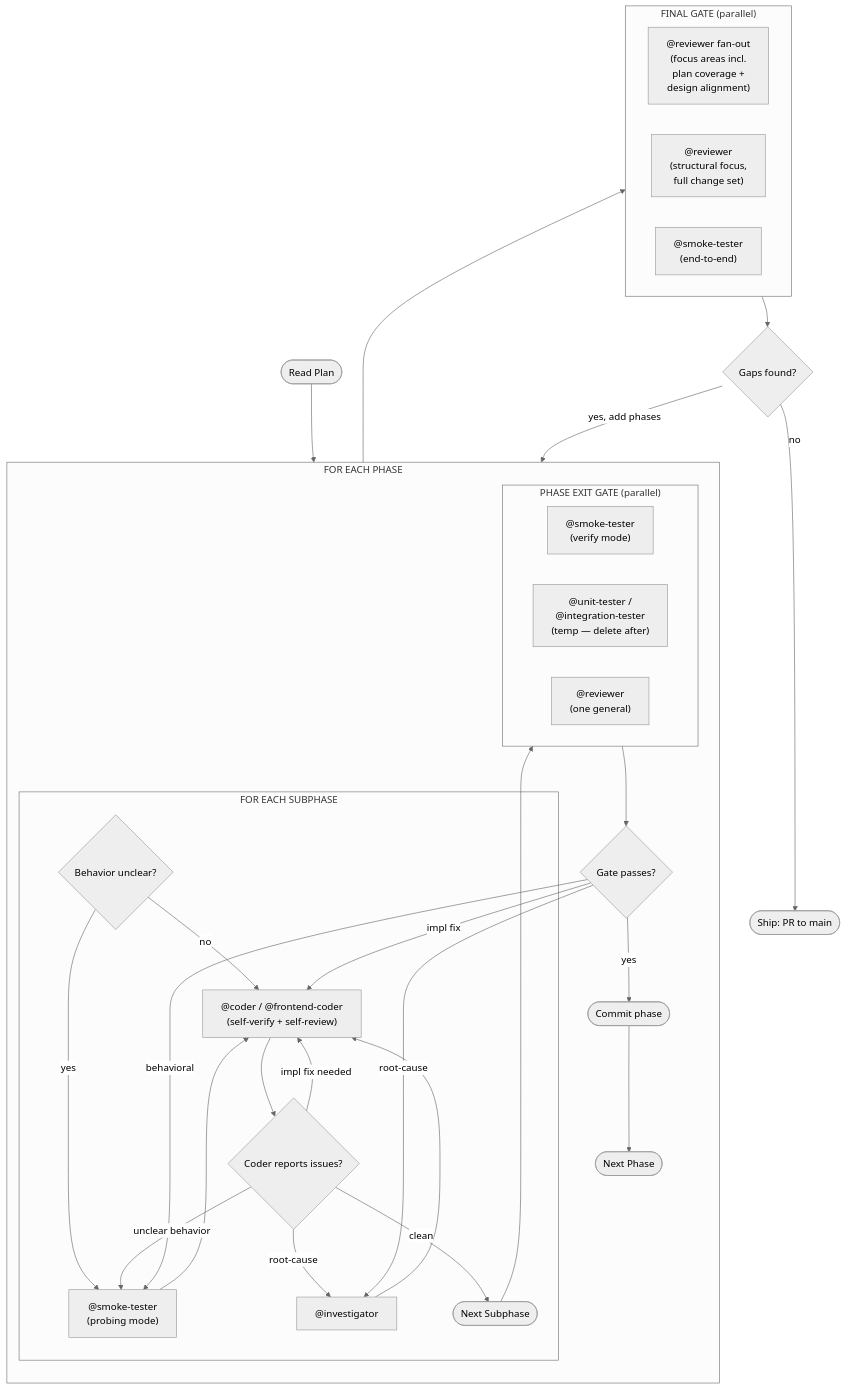
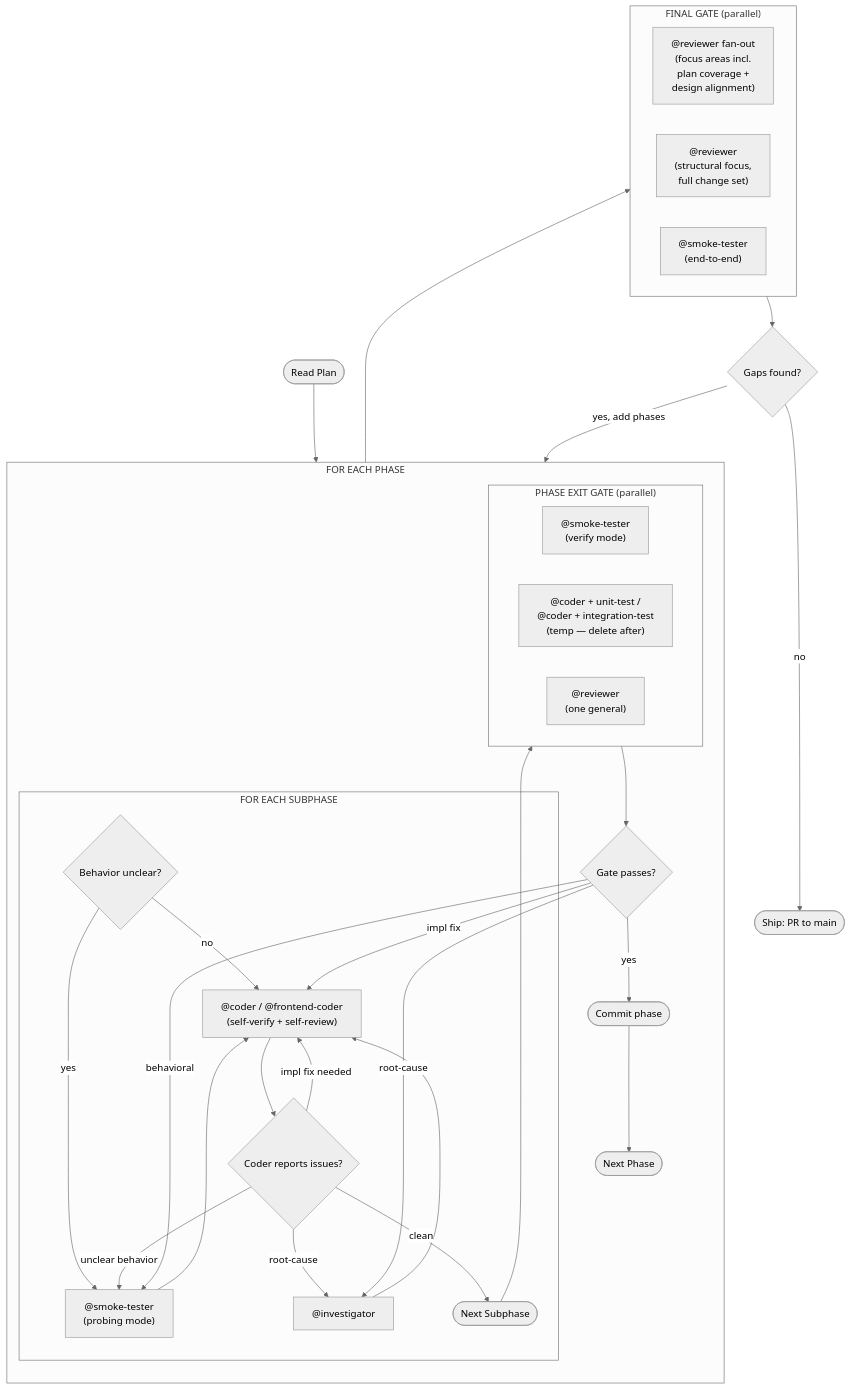
One commit to haowjy/meridian-dev-workflow changed the diagram in skills/planning/resources/execution-model.md. Above: the diagram before and after it, drawn with Mermaid (neutral theme). The commit also changed 16 other files, not shown here.

First line of the commit message:
Deprecate unit-tester, add test-quality review, strengthen deletion guidance

````diff
--- a/skills/planning/resources/execution-model.md
+++ b/skills/planning/resources/execution-model.md
@@ -5,50 +5,50 @@
 ```mermaid
 flowchart TB
     START([Read Plan]) --> PHASE
 
     subgraph PHASE["FOR EACH PHASE"]
         direction TB
 
         subgraph SUBPHASE["FOR EACH SUBPHASE"]
             PROBE{"Behavior unclear?"}
             PROBE -->|yes| SM["@smoke-tester<br/>(probing mode)"]
             SM --> IMPL
             PROBE -->|no| IMPL
             IMPL["@coder / @frontend-coder<br/>(self-verify + self-review)"]
             IMPL --> ROUTE{"Coder reports issues?"}
             ROUTE -->|impl fix needed| IMPL
             ROUTE -->|unclear behavior| SM
             ROUTE -->|root-cause| INV["@investigator"]
             INV --> IMPL
             ROUTE -->|clean| NEXT_SUB([Next Subphase])
         end
 
         NEXT_SUB --> GATE
 
         subgraph GATE["PHASE EXIT GATE (parallel)"]
             direction LR
             ST["@smoke-tester<br/>(verify mode)"]
-            UT["@unit-tester /<br/>@integration-tester<br/>(temp — delete after)"]
+            UT["@coder + unit-test /<br/>@coder + integration-test<br/>(temp — delete after)"]
             RV["@reviewer<br/>(one general)"]
         end
 
         GATE --> PASS{"Gate passes?"}
         PASS -->|impl fix| IMPL
         PASS -->|behavioral| SM
         PASS -->|root-cause| INV
         PASS -->|yes| COMMIT([Commit phase])
         COMMIT --> NEXT_PHASE([Next Phase])
     end
 
     NEXT_PHASE --> FINAL
 
     subgraph FINAL["FINAL GATE (parallel)"]
         FRV["@reviewer fan-out<br/>(focus areas incl.<br/>plan coverage +<br/>design alignment)"]
         FRFR["@reviewer<br/>(structural focus,<br/>full change set)"]
         FST["@smoke-tester<br/>(end-to-end)"]
     end
 
     FINAL --> GAPS{"Gaps found?"}
     GAPS -->|yes, add phases| PHASE
     GAPS -->|no| DONE([Ship: PR to main])
 ```
````
